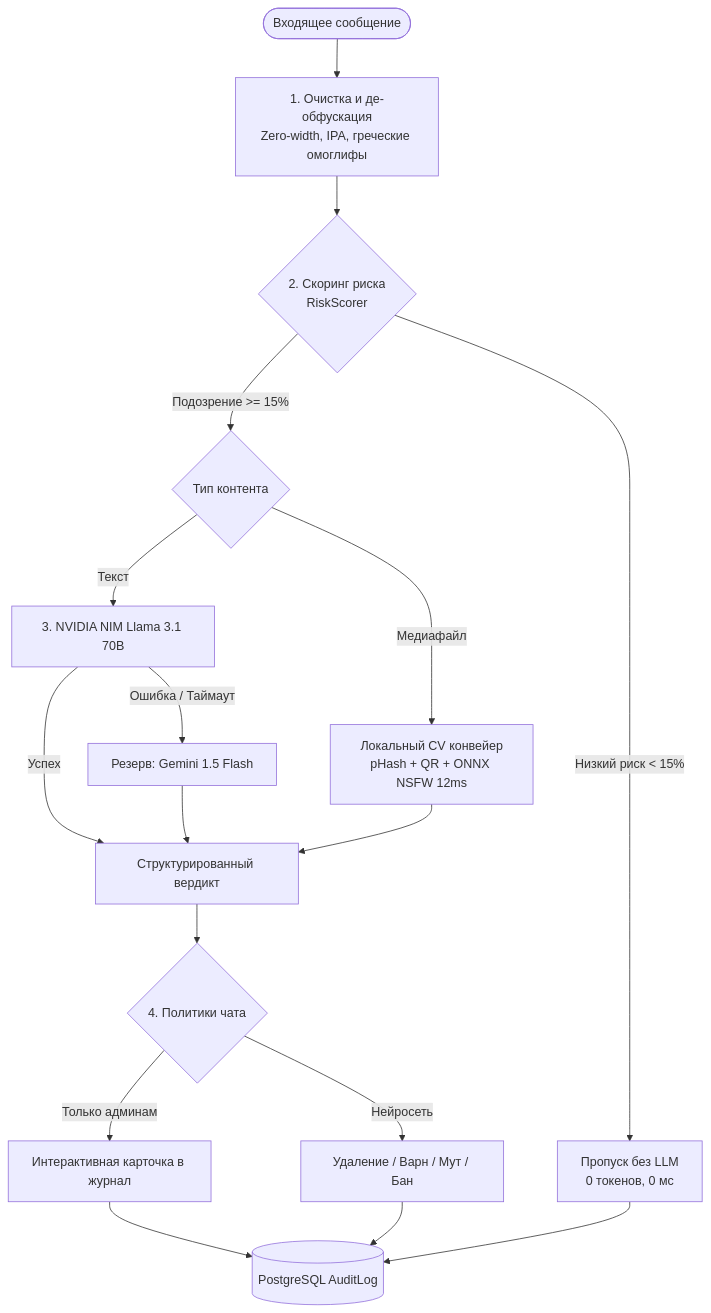
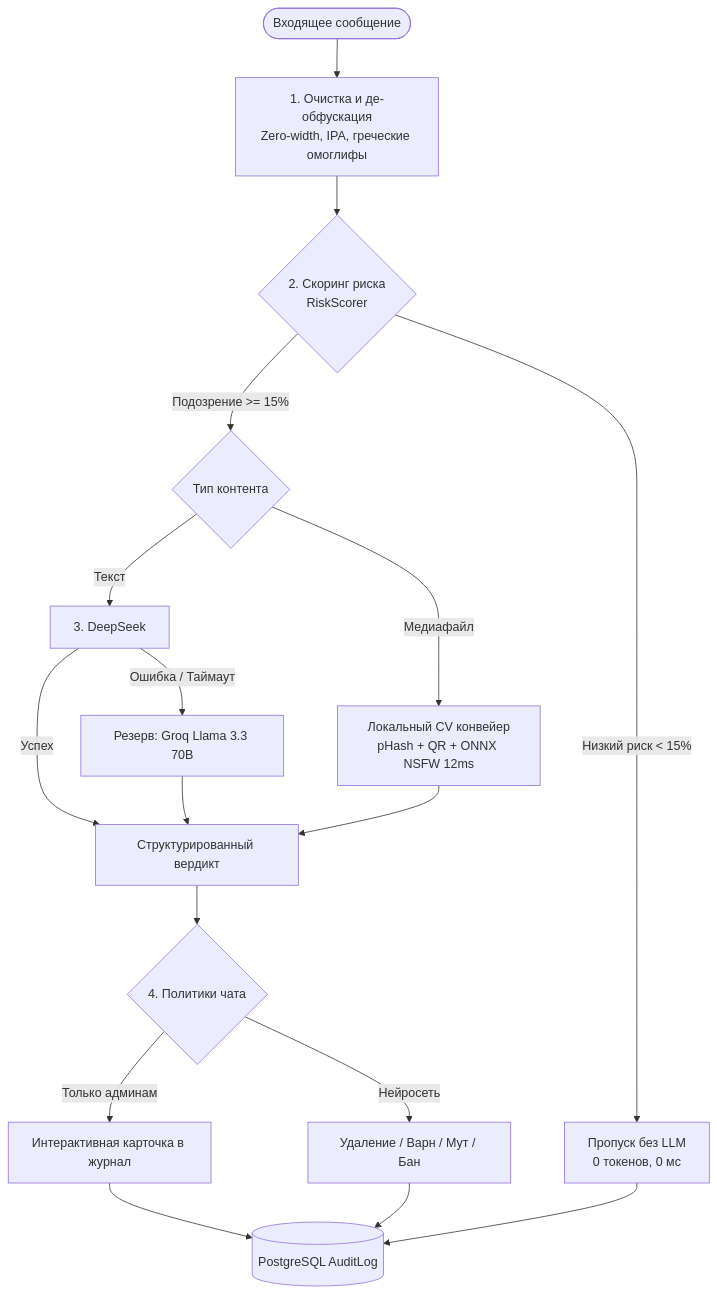
The diagram in README.md (ivanchik-byte/TelegramWarden), drawn with Mermaid before and after one commit. The commit also changed other lines of this file and 7 other files, not shown here.

````diff
--- a/README.md
+++ b/README.md
@@ -96,25 +96,25 @@
 ```mermaid
 flowchart TD
     UserMsg([Входящее сообщение]) --> PrePass[1. Очистка и де-обфускация\nZero-width, IPA, греческие омоглифы]
     PrePass --> RiskEngine{2. Скоринг риска\nRiskScorer}
     
     RiskEngine -->|Низкий риск < 15%| FastPass[Пропуск без LLM\n0 токенов, 0 мс]
     
     RiskEngine -->|Подозрение >= 15%| MediaOrText{Тип контента}
     
     MediaOrText -->|Медиафайл| CVFilter[Локальный CV конвейер\npHash + QR + ONNX NSFW 12ms]
-    MediaOrText -->|Текст| LLMPrimary[3. NVIDIA NIM Llama 3.1 70B]
+    MediaOrText -->|Текст| LLMPrimary[3. DeepSeek]
     
-    LLMPrimary -->|Ошибка / Таймаут| LLMFallback[Резерв: Gemini 1.5 Flash]
+    LLMPrimary -->|Ошибка / Таймаут| LLMFallback[Резерв: Groq Llama 3.3 70B]
     LLMPrimary -->|Успех| Verdict[Структурированный вердикт]
     LLMFallback --> Verdict
     CVFilter --> Verdict
     
     Verdict --> PolicyRouter{4. Политики чата}
     PolicyRouter -->|Только админам| AdminCard[Интерактивная карточка в журнал]
     PolicyRouter -->|Нейросеть| AutoSanction[Удаление / Варн / Мут / Бан]
     
     AdminCard --> AuditDB[(PostgreSQL AuditLog)]
     AutoSanction --> AuditDB
     FastPass --> AuditDB
 ```
````
